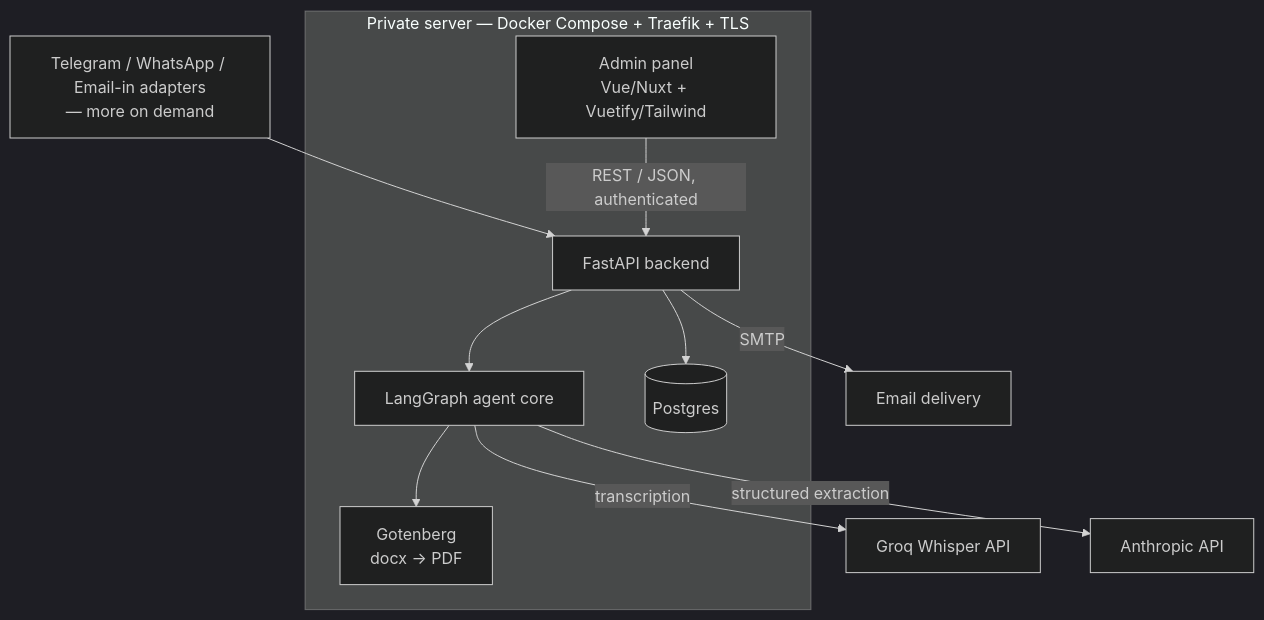
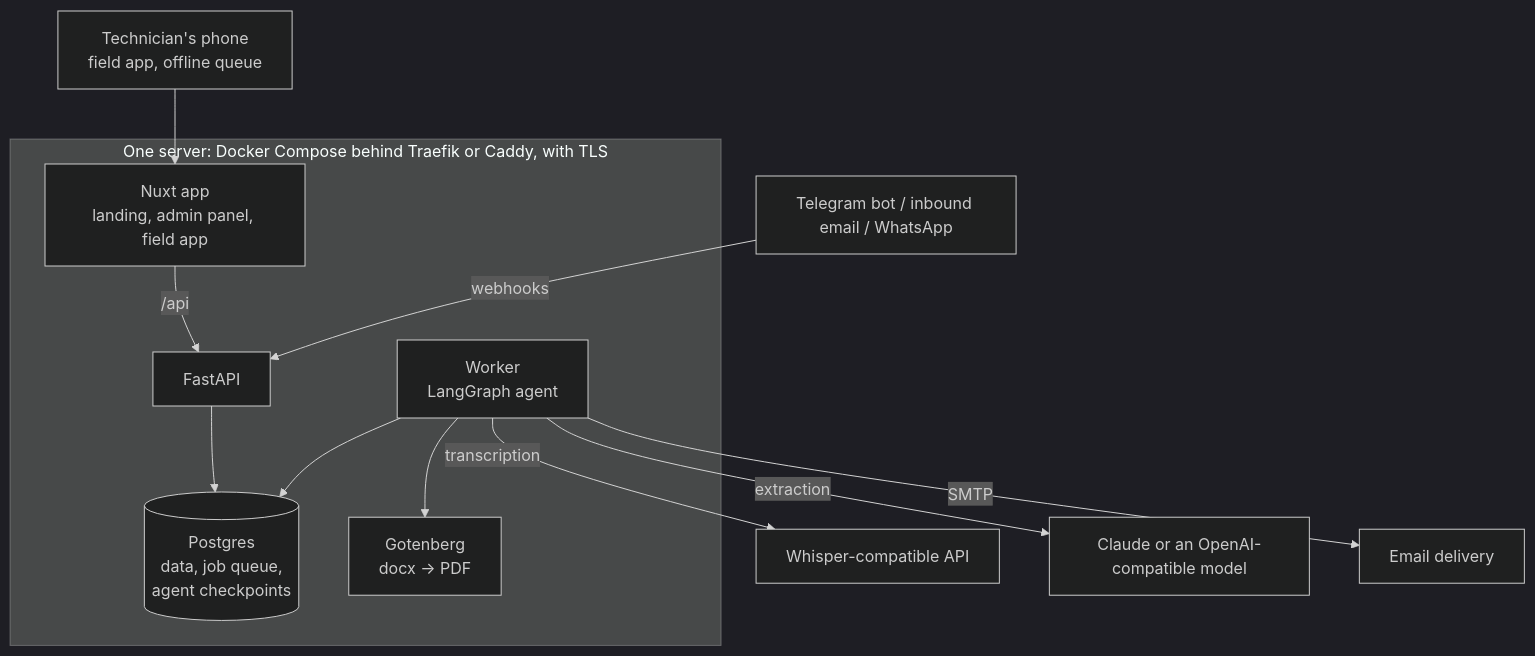
One commit to avaazquezz/ReportAI changed the first of 2 diagrams in PROJECT_ROADMAP.md. Above: the diagram before and after it, drawn with Mermaid (dark theme). The commit also changed other lines of this file, not shown here.

Commit message:
docs: bring the roadmap up to date with what is built and the road to v1.0.0

````diff
--- a/PROJECT_ROADMAP.md
+++ b/PROJECT_ROADMAP.md
@@ -17,18 +24,19 @@
 ```mermaid
 flowchart TB
-    subgraph Private Server [Private server — Docker Compose + Traefik + TLS]
-        Admin[Admin panel<br/>Vue/Nuxt + Vuetify/Tailwind]
-        API[FastAPI backend]
-        Agent[LangGraph agent core]
-        DB[(Postgres)]
+    subgraph Server [One server: Docker Compose behind Traefik or Caddy, with TLS]
+        Front[Nuxt app<br/>landing, admin panel, field app]
+        API[FastAPI]
+        Worker[Worker<br/>LangGraph agent]
+        DB[(Postgres<br/>data, job queue,<br/>agent checkpoints)]
         Gotenberg[Gotenberg<br/>docx → PDF]
     end
-    Channels[Telegram / WhatsApp / Email-in adapters<br/>— more on demand] --> API
-    Admin -->|REST / JSON, authenticated| API
+    Tech[Technician's phone<br/>field app, offline queue] --> Front
+    Front -->|/api| API
+    Channels[Telegram bot / inbound email / WhatsApp] -->|webhooks| API
     API --> DB
-    API --> Agent
-    Agent --> Gotenberg
-    Agent -->|transcription| Groq[Groq Whisper API]
-    Agent -->|structured extraction| Claude[Anthropic API]
-    API -->|SMTP| Email[Email delivery]
+    Worker --> DB
+    Worker --> Gotenberg
+    Worker -->|transcription| STT[Whisper-compatible API]
+    Worker -->|extraction| LLM[Claude or an OpenAI-compatible model]
+    Worker -->|SMTP| Mail[Email delivery]
 ```
````
